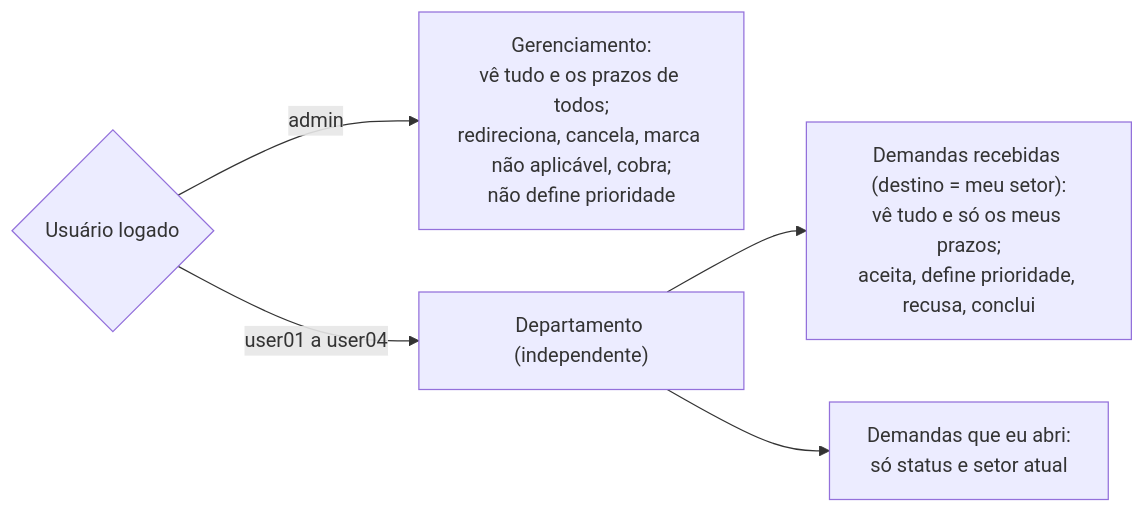
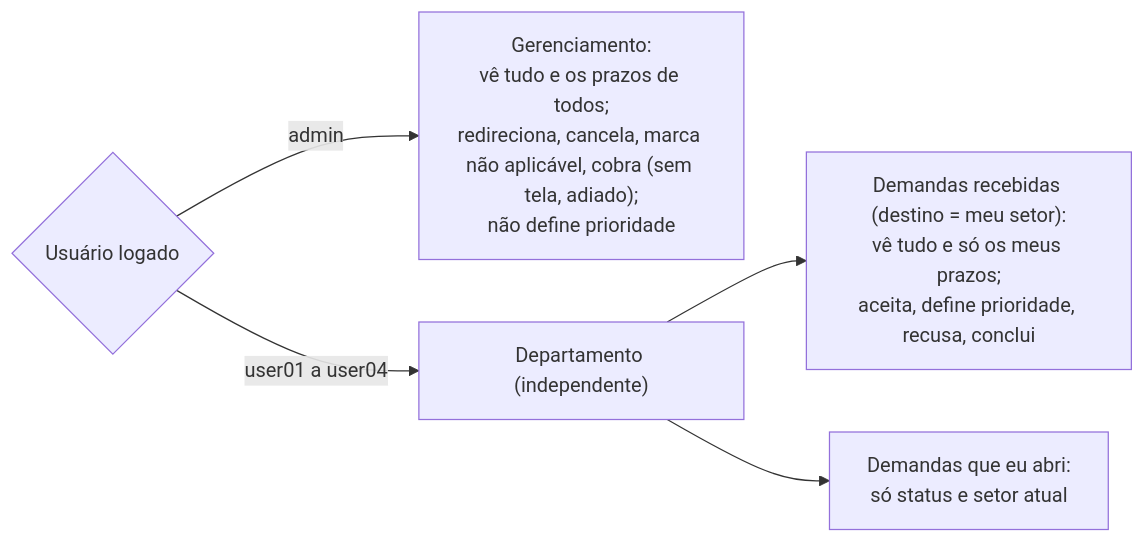
Before and after one commit to DiogoBrito777/projeto_instituto: the third of 5 diagrams in docs/FLUXOS.md, drawn with Mermaid. The commit also changed other lines of this file and 23 other files, not shown here.

````diff
--- a/docs/FLUXOS.md
+++ b/docs/FLUXOS.md
@@ -54,7 +54,7 @@
 ```mermaid
 flowchart LR
-  U{"Usuário logado"} -- admin --> ADM["Gerenciamento:<br/>vê tudo e os prazos de todos;<br/>redireciona, cancela, marca não aplicável, cobra;<br/>não define prioridade"]
+  U{"Usuário logado"} -- admin --> ADM["Gerenciamento:<br/>vê tudo e os prazos de todos;<br/>redireciona, cancela, marca não aplicável, cobra (sem tela, adiado);<br/>não define prioridade"]
   U -- "user01 a user04" --> DEP["Departamento (independente)"]
   DEP --> EXE["Demandas recebidas (destino = meu setor):<br/>vê tudo e só os meus prazos;<br/>aceita, define prioridade, recusa, conclui"]
   DEP --> ORI["Demandas que eu abri:<br/>só status e setor atual"]
 ```
````
